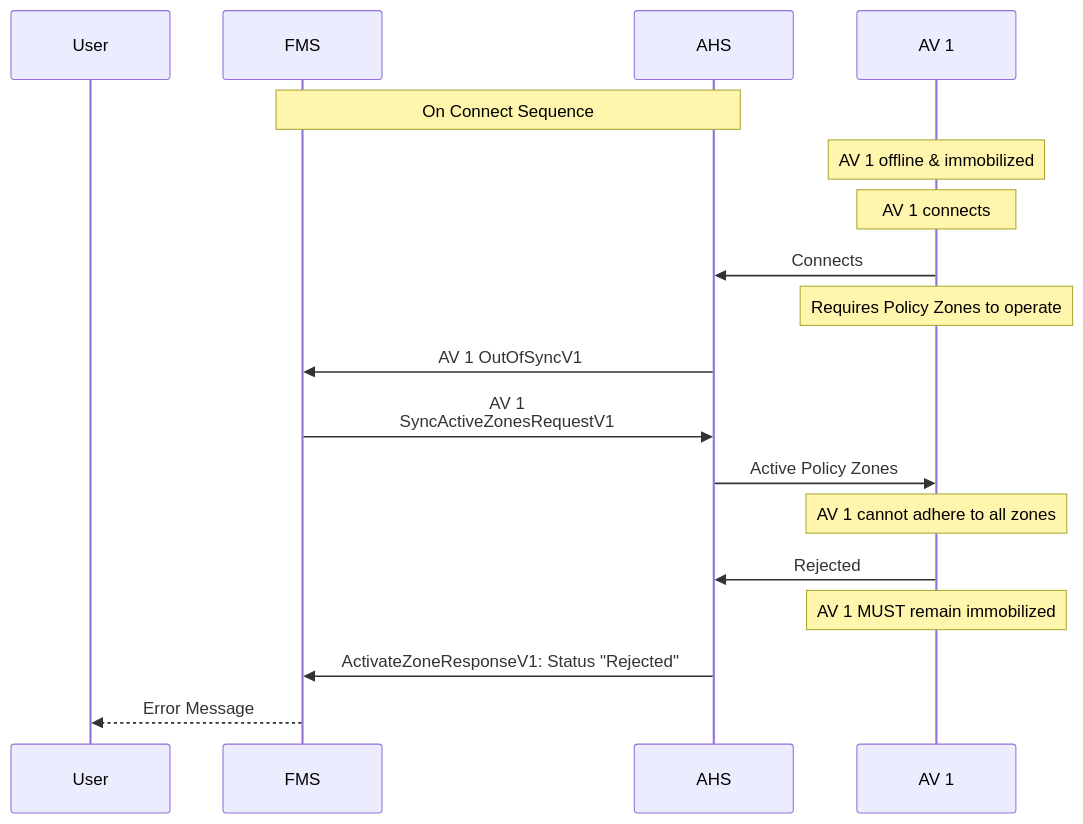
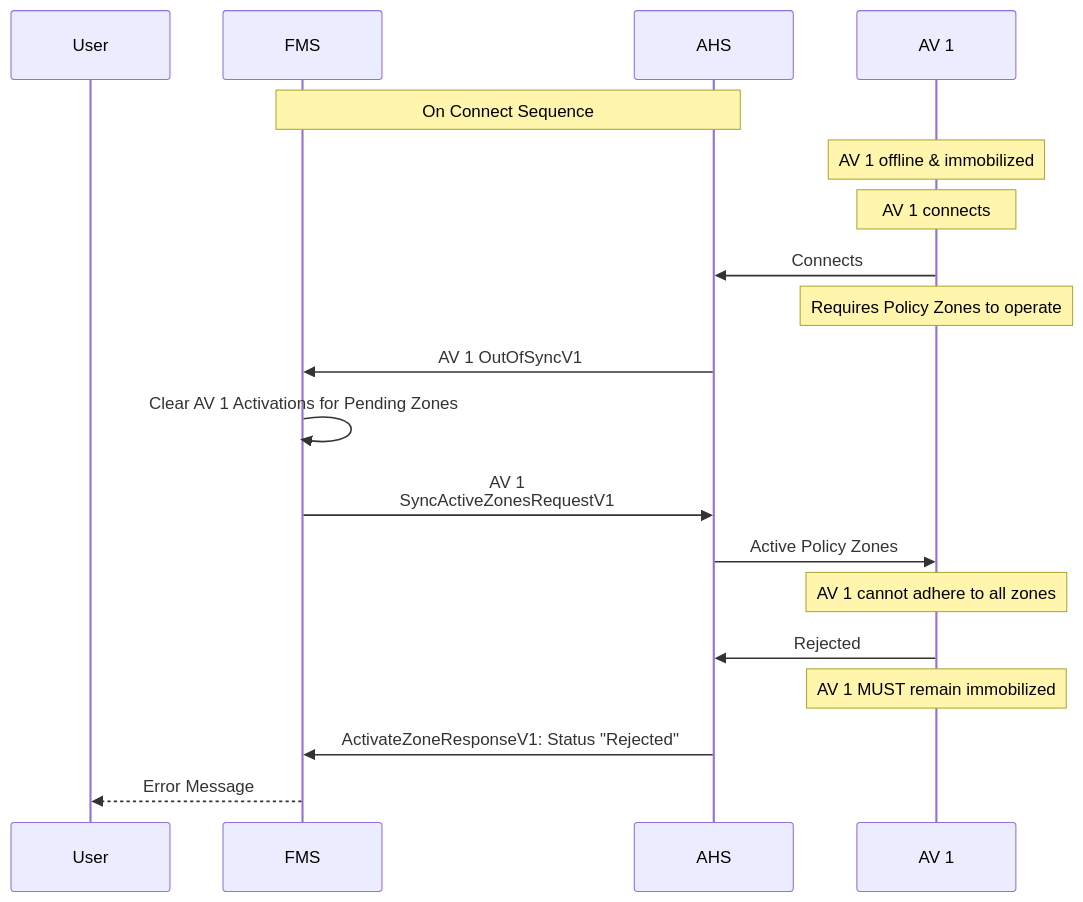
Before and after one commit to open-autonomy/zone: the third of 3 diagrams in diagram/Synchronization.md, drawn with Mermaid. The commit also changed other lines of this file, not shown here.

Commit message:
Updated sync for fms to clear pending activations for an AV after receiving OutOfSync

````diff
--- a/diagram/Synchronization.md
+++ b/diagram/Synchronization.md
@@ -107,31 +110,32 @@
 ```mermaid
 sequenceDiagram
     participant User
     participant FMS
     participant AHS
     participant AV 1
 
     Note over FMS,AHS: On Connect Sequence
 
     Note over AV 1: AV 1 offline & immobilized
 
     Note Over AV 1: AV 1 connects
 
     AV 1->>AHS: Connects
     Note Over AV 1: Requires Policy Zones to operate
 
     AHS->>FMS: AV 1 OutOfSyncV1
+    FMS->>FMS: Clear AV 1 Activations for Pending Zones
 
     FMS->>AHS: AV 1 <br/> SyncActiveZonesRequestV1
     AHS->>AV 1: Active Policy Zones
     Note Over AV 1: AV 1 cannot adhere to all zones
 
     AV 1->>AHS: Rejected
 
     Note Over AV 1: AV 1 MUST remain immobilized
 
     AHS->>FMS: ActivateZoneResponseV1: Status "Rejected"
 
     FMS-->>User: Error Message
 
 ```
````
